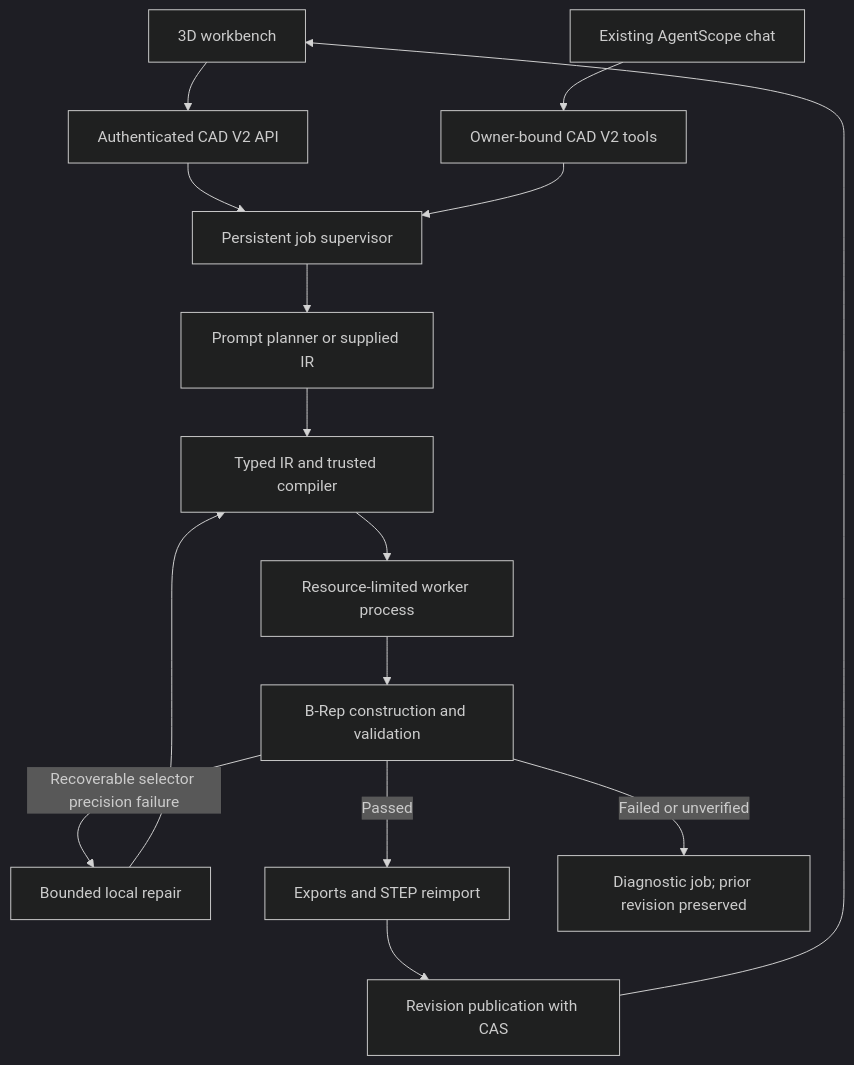
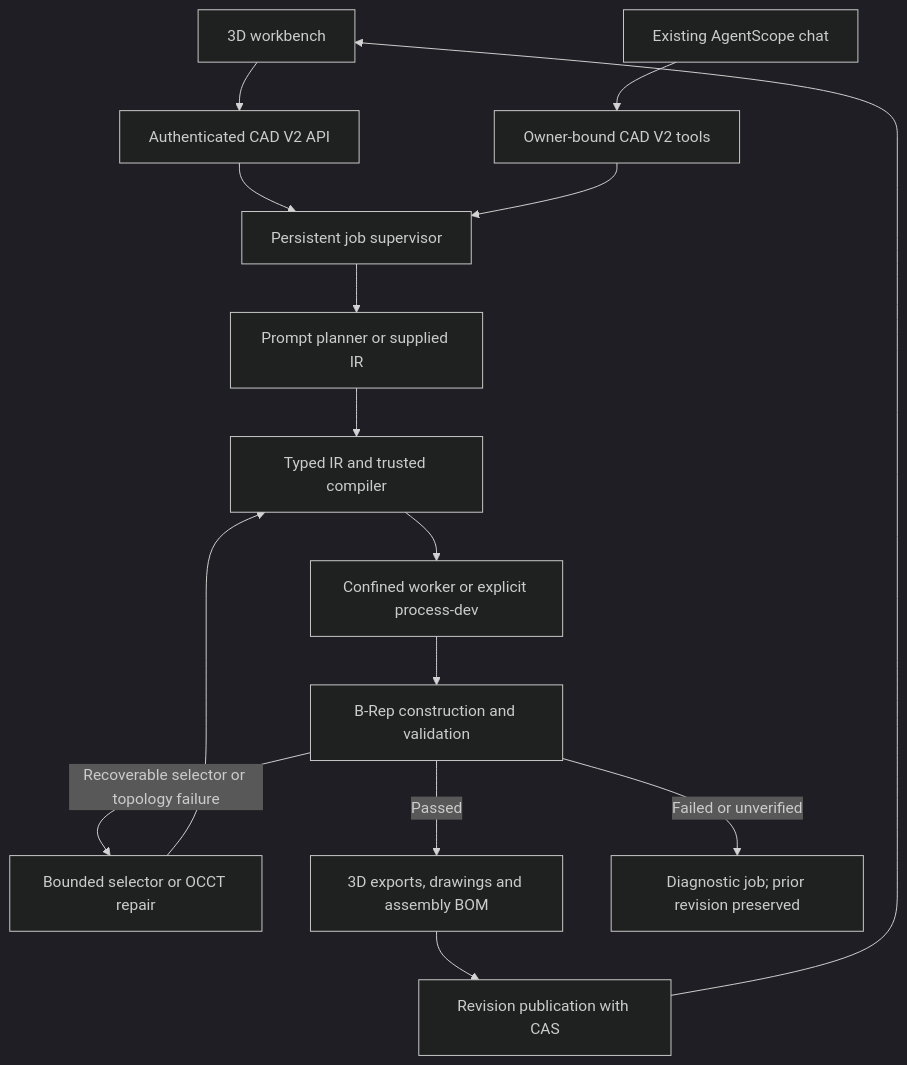
The diagram in docs/refactor/architecture-v2.md (Jane-o-O-o-O/Agent-CAD), drawn with Mermaid (dark theme) before and after one commit. The commit also changed other lines of this file and 36 other files, not shown here.

````diff
--- a/docs/refactor/architecture-v2.md
+++ b/docs/refactor/architecture-v2.md
@@ -7,17 +7,17 @@
 ```mermaid
 flowchart TD
     UI["3D workbench"] --> API["Authenticated CAD V2 API"]
     Chat["Existing AgentScope chat"] --> Bridge["Owner-bound CAD V2 tools"]
     API --> Workflow["Persistent job supervisor"]
     Bridge --> Workflow
     Workflow --> Intent["Prompt planner or supplied IR"]
     Intent --> Compile["Typed IR and trusted compiler"]
-    Compile --> Worker["Resource-limited worker process"]
+    Compile --> Worker["Confined worker or explicit process-dev"]
     Worker --> Check["B-Rep construction and validation"]
-    Check -->|"Recoverable selector precision failure"| Repair["Bounded local repair"]
+    Check -->|"Recoverable selector or topology failure"| Repair["Bounded selector or OCCT repair"]
     Repair --> Compile
-    Check -->|"Passed"| Export["Exports and STEP reimport"]
+    Check -->|"Passed"| Export["3D exports, drawings and assembly BOM"]
     Export --> Publish["Revision publication with CAS"]
     Publish --> UI
     Check -->|"Failed or unverified"| Failure["Diagnostic job; prior revision preserved"]
 ```
````
